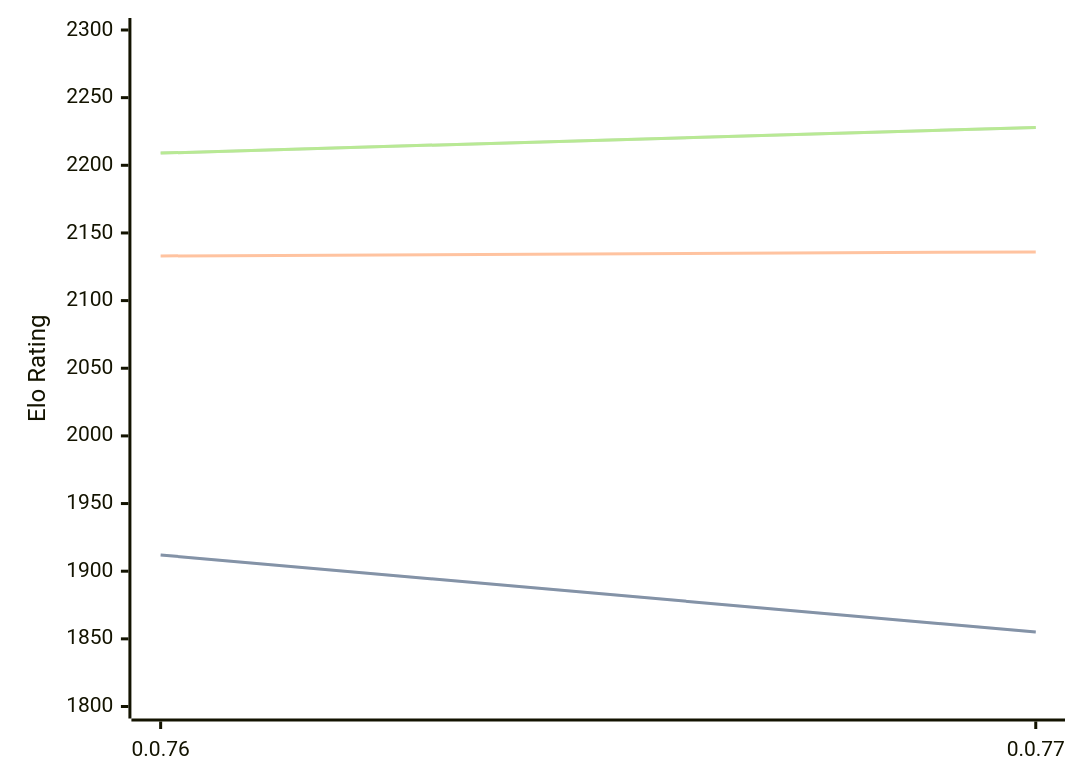
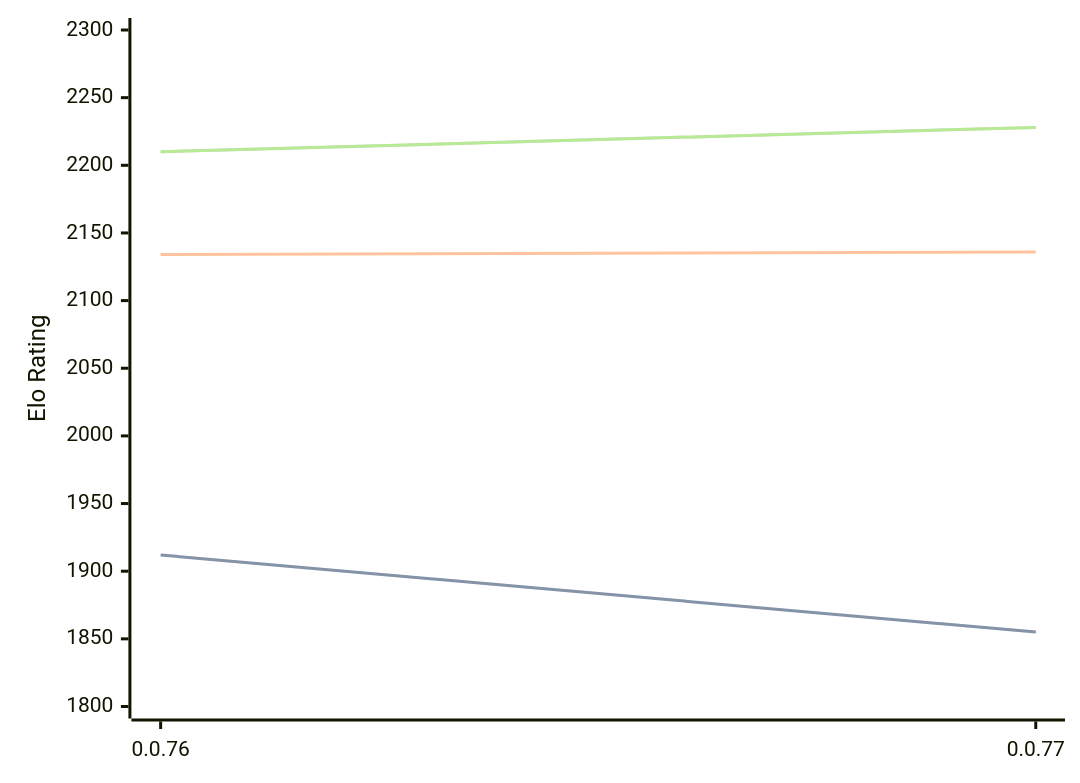
One commit to computer-chess-index/cci changed the diagram in engines/Fktb.md. Above: the diagram before and after it, drawn with Mermaid. The commit also changed other lines of this file, not shown here.

Commit message:
Update CCI Ratings (ELO VLTC) - 2026-08-24

````diff
--- a/engines/Fktb.md
+++ b/engines/Fktb.md
@@ -32,11 +32,11 @@
 ```mermaid
 %%{init: {"theme":"base","themeVariables":{"seriesColors:['#a3a3a3','#222221','#faa371']}}}%%
 xychart-beta
   x-axis ["0.0.76", "0.0.77"]
   y-axis "Elo Rating" 1800 --> 2300
   line "STC (8.0+0.08s)" [1912, 1855]
   line "STC (8.0+0.08s)" [1912, 1855]
-  line "LTC (60.0+0.60s)" [2133, 2136]
-  line "VLTC (2m24s+1.12s)" [2209, 2228]
-  line "VLTC (2m24s+1.12s)" [2209, 2228]
+  line "LTC (60.0+0.60s)" [2134, 2136]
+  line "VLTC (2m24s+1.12s)" [2210, 2228]
+  line "VLTC (2m24s+1.12s)" [2210, 2228]
 ```
````
